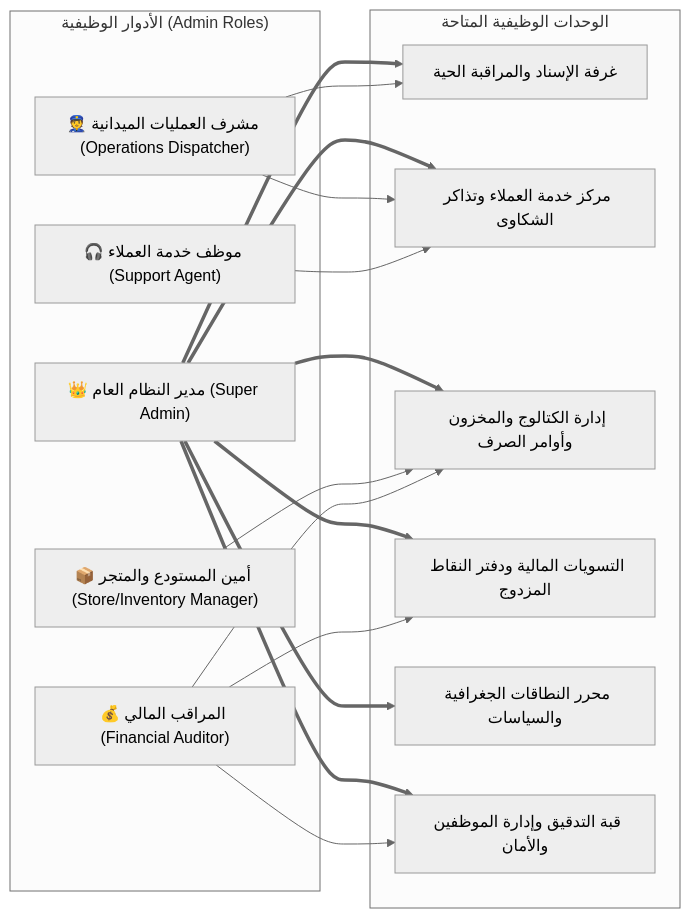
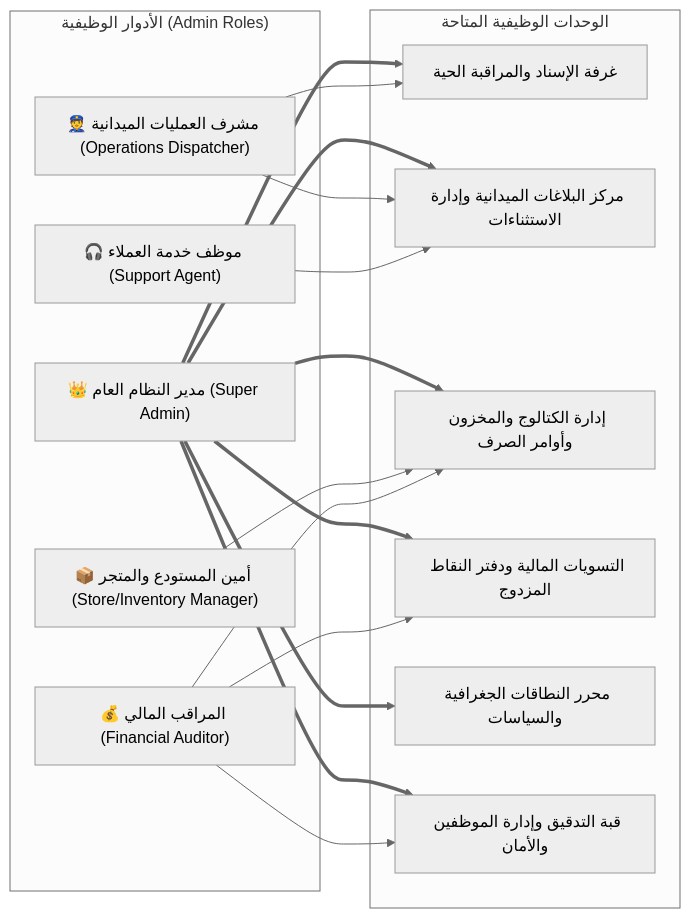
Before and after one commit to A-S-Y/Athar: the second of 3 diagrams in docs/01-architecture/back-office-portal.md, drawn with Mermaid (neutral theme). The commit also changed other lines of this file and 21 other files, not shown here.

Commit message:
refactor: align full architecture, diagrams, and docs strictly with canonical operational blueprint

````diff
--- a/docs/01-architecture/back-office-portal.md
+++ b/docs/01-architecture/back-office-portal.md
@@ -49,25 +49,25 @@
 ```mermaid
 flowchart LR
     subgraph Roles ["الأدوار الوظيفية (Admin Roles)"]
         R1["👑 مدير النظام العام (Super Admin)"]
         R2["👮 مشرف العمليات الميدانية (Operations Dispatcher)"]
         R3["🎧 موظف خدمة العملاء (Support Agent)"]
         R4["📦 أمين المستودع والمتجر (Store/Inventory Manager)"]
         R5["💰 المراقب المالي (Financial Auditor)"]
     end
 
     subgraph Modules ["الوحدات الوظيفية المتاحة"]
         M1["غرفة الإسناد والمراقبة الحية"]
-        M2["مركز خدمة العملاء وتذاكر الشكاوى"]
+        M2["مركز البلاغات الميدانية وإدارة الاستثناءات"]
         M3["إدارة الكتالوج والمخزون وأوامر الصرف"]
         M4["التسويات المالية ودفتر النقاط المزدوج"]
         M5["محرر النطاقات الجغرافية والسياسات"]
         M6["قبة التدقيق وإدارة الموظفين والأمان"]
     end
 
     R1 ==> M1 & M2 & M3 & M4 & M5 & M6
     R2 --> M1 & M2
     R3 --> M2
     R4 --> M3
     R5 --> M3 & M4 & M6
 ```
````
